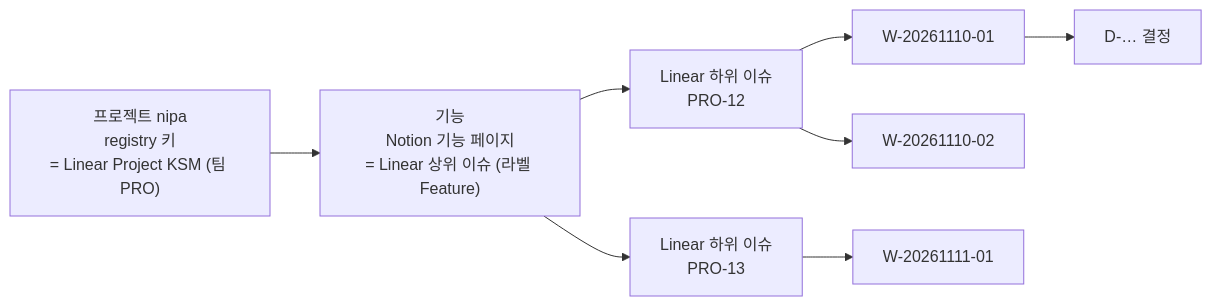
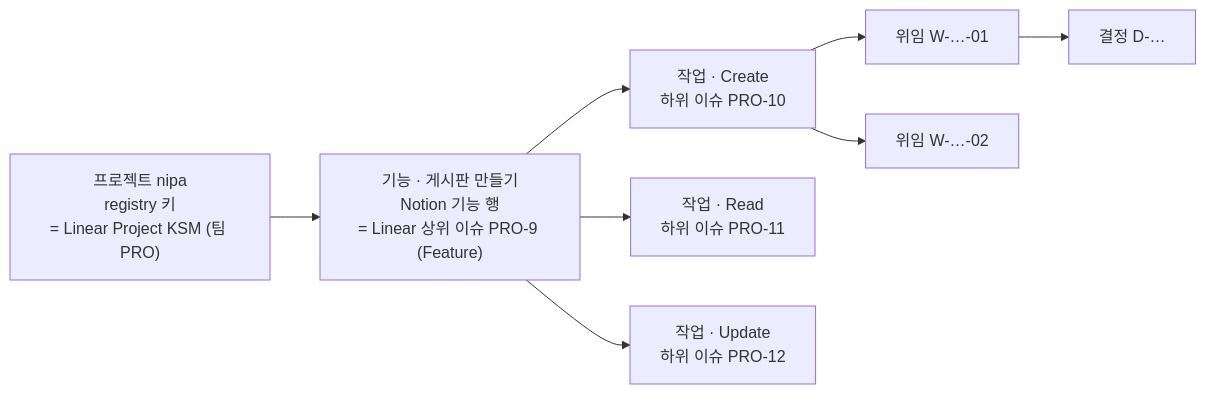
Before and after one commit to smdeveloper7/jarvis: the second of 3 diagrams in docs/03_Work_Lifecycle_Management.md, drawn with Mermaid. The commit also changed other lines of this file and 6 other files, not shown here.

````diff
--- a/docs/03_Work_Lifecycle_Management.md
+++ b/docs/03_Work_Lifecycle_Management.md
@@ -46,10 +65,10 @@
 ```mermaid
 flowchart LR
-    P["프로젝트 nipa<br/>registry 키<br/>= Linear Project KSM (팀 PRO)"] --> F["기능<br/>Notion 기능 페이지<br/>= Linear 상위 이슈 (라벨 Feature)"]
-    F --> I1["Linear 하위 이슈<br/>PRO-12"]
-    F --> I2["Linear 하위 이슈<br/>PRO-13"]
-    I1 --> W1["W-20261110-01"]
-    I1 --> W2["W-20261110-02"]
-    I2 --> W3["W-20261111-01"]
-    W1 --> D1["D-… 결정"]
+    P["프로젝트 nipa<br/>registry 키<br/>= Linear Project KSM (팀 PRO)"] --> F["기능 · 게시판 만들기<br/>Notion 기능 행<br/>= Linear 상위 이슈 PRO-9 (Feature)"]
+    F --> I1["작업 · Create<br/>하위 이슈 PRO-10"]
+    F --> I2["작업 · Read<br/>하위 이슈 PRO-11"]
+    F --> I3["작업 · Update<br/>하위 이슈 PRO-12"]
+    I1 --> W1["위임 W-…-01"]
+    I1 --> W2["위임 W-…-02"]
+    W1 --> D1["결정 D-…"]
 ```
````
